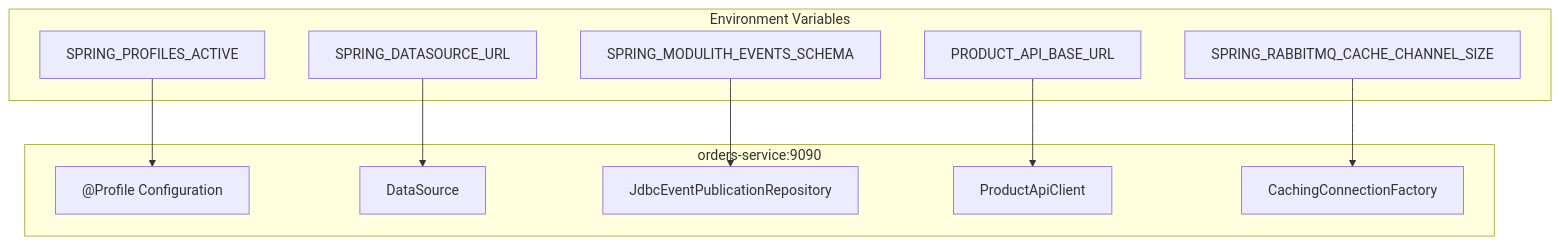
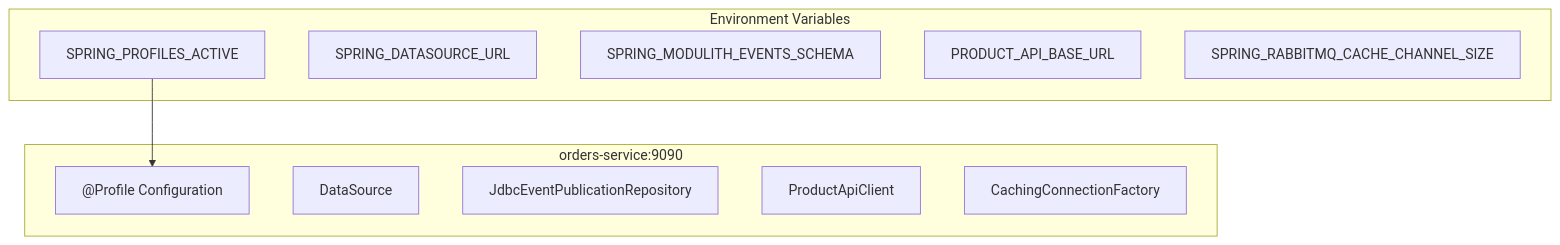
The third of 7 diagrams in docs/deepwiki/Environment-Variables.md (philipz/spring-modular-monolith), drawn with Mermaid before and after one commit. The commit also changed other lines of this file and 32 other files, not shown here.

````diff
--- a/docs/deepwiki/Environment-Variables.md
+++ b/docs/deepwiki/Environment-Variables.md
@@ -194,36 +187,32 @@
 ```mermaid
 flowchart TD
 
 PROFILE["SPRING_PROFILES_ACTIVE"]
 DB_URL["SPRING_DATASOURCE_URL"]
 EVENTS_SCHEMA["SPRING_MODULITH_EVENTS_SCHEMA"]
 PRODUCT_API["PRODUCT_API_BASE_URL"]
 MQ_CACHE["SPRING_RABBITMQ_CACHE_CHANNEL_SIZE"]
 ProfileConfig["@Profile Configuration"]
 DataSource["DataSource"]
 EventStore["JdbcEventPublicationRepository"]
 ProductClient["ProductApiClient"]
 ChannelCache["CachingConnectionFactory"]
 
 PROFILE --> ProfileConfig
-DB_URL --> DataSource
-EVENTS_SCHEMA --> EventStore
-PRODUCT_API --> ProductClient
-MQ_CACHE --> ChannelCache
 
 subgraph orders-service:9090 ["orders-service:9090"]
     ProfileConfig
     DataSource
     EventStore
     ProductClient
     ChannelCache
 end
 
 subgraph subGraph0 ["Environment Variables"]
     PROFILE
     DB_URL
     EVENTS_SCHEMA
     PRODUCT_API
     MQ_CACHE
 end
 ```
````
